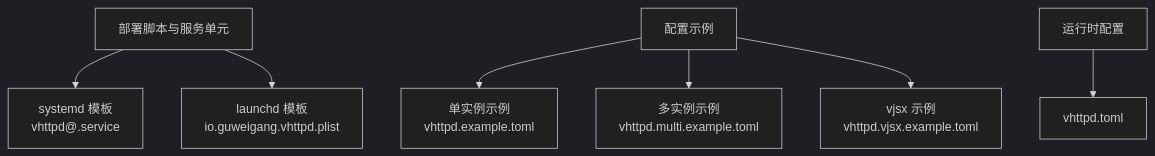
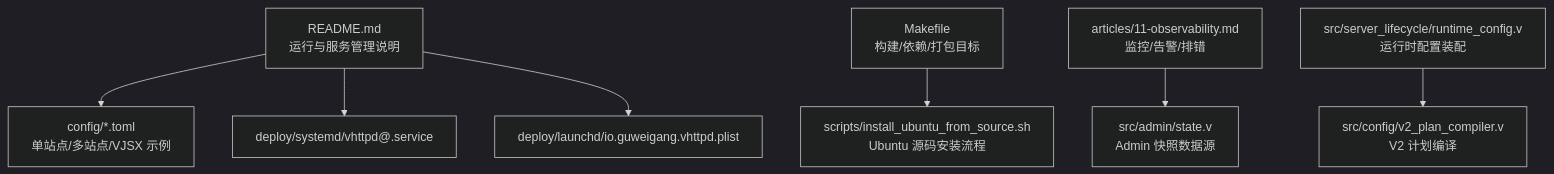
One commit to guweigang/vhttpd changed the first of 8 diagrams in .qoder/repowiki/zh/content/部署运维/部署运维.md. Above: the diagram before and after it, drawn with Mermaid (dark theme). The commit also changed other lines of this file and 697 other files, not shown here.

````diff
--- a/.qoder/repowiki/zh/content/部署运维/部署运维.md
+++ b/.qoder/repowiki/zh/content/部署运维/部署运维.md
@@ -32,9 +43,9 @@
 ```mermaid
 graph TB
-A["部署脚本与服务单元"] --> B["systemd 模板<br/>vhttpd@.service"]
-A --> C["launchd 模板<br/>io.guweigang.vhttpd.plist"]
-D["配置示例"] --> E["单实例示例<br/>vhttpd.example.toml"]
-D --> F["多实例示例<br/>vhttpd.multi.example.toml"]
-D --> G["vjsx 示例<br/>vhttpd.vjsx.example.toml"]
-H["运行时配置"] --> I["vhttpd.toml"]
+A["README.md<br/>运行与服务管理说明"] --> B["config/*.toml<br/>单站点/多站点/VJSX 示例"]
+A --> C["deploy/systemd/vhttpd@.service"]
+A --> D["deploy/launchd/io.guweigang.vhttpd.plist"]
+E["Makefile<br/>构建/依赖/打包目标"] --> F["scripts/install_ubuntu_from_source.sh<br/>Ubuntu 源码安装流程"]
+G["articles/11-observability.md<br/>监控/告警/排错"] --> H["src/admin/state.v<br/>Admin 快照数据源"]
+I["src/server_lifecycle/runtime_config.v<br/>运行时配置装配"] --> J["src/config/v2_plan_compiler.v<br/>V2 计划编译"]
 ```
````
